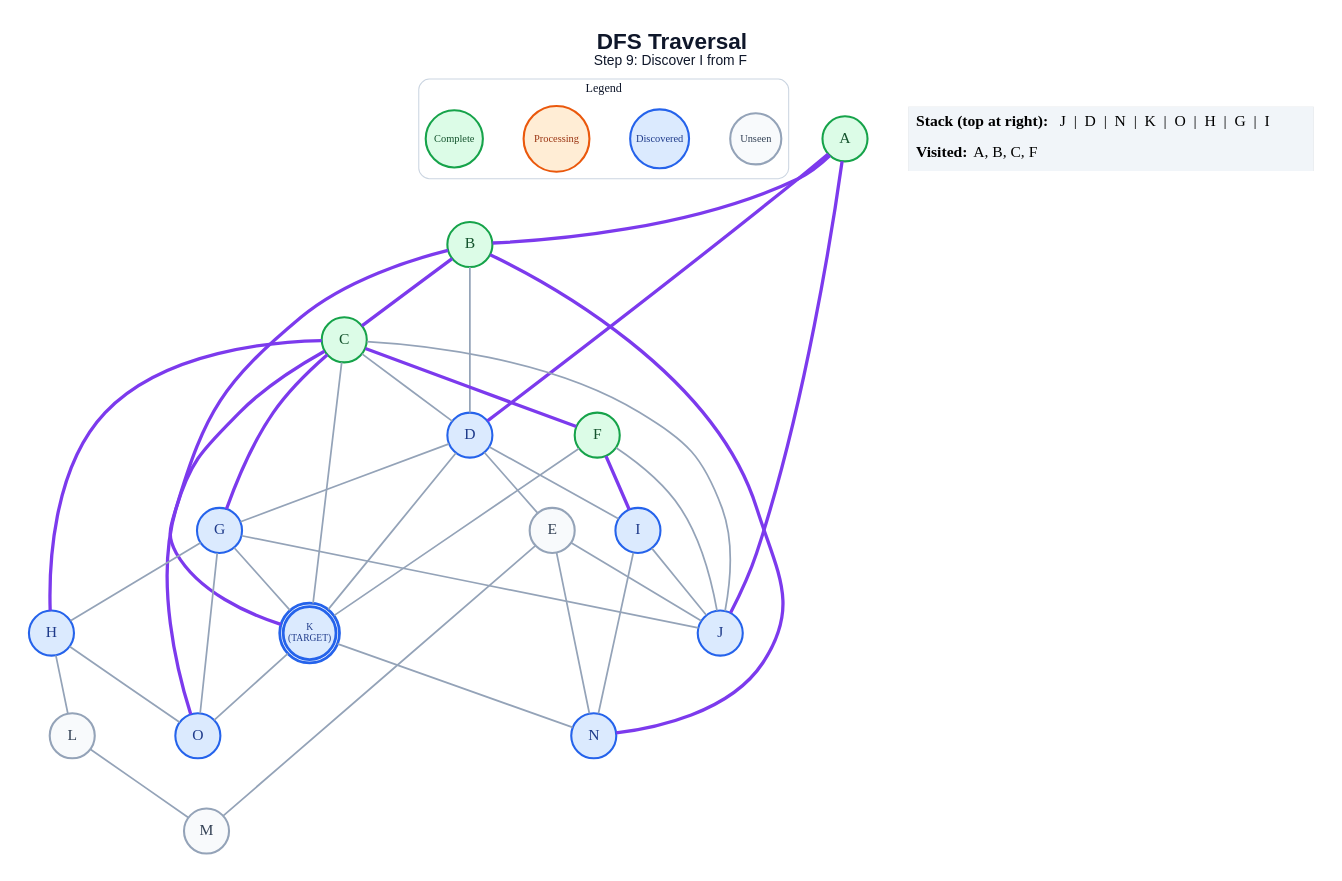
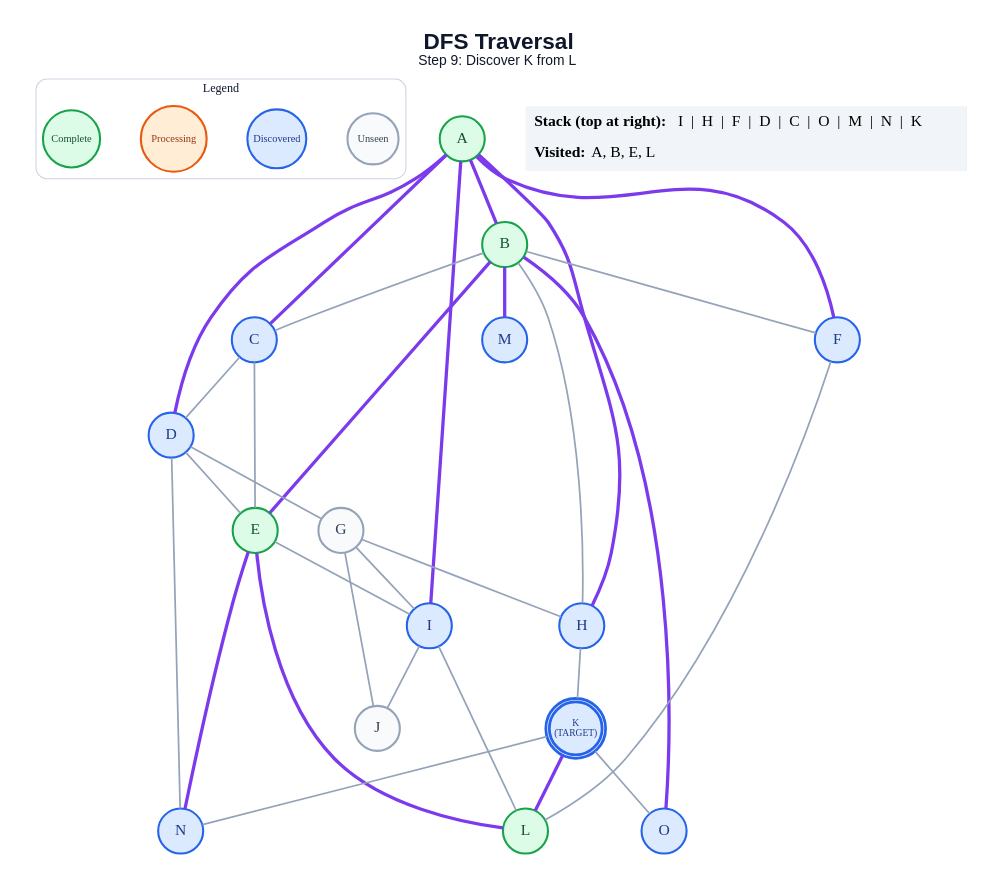
Before and after one commit to anon7238593-create/ai-slop: the diagram in generated/dfs/step_09.dot, drawn with Graphviz. The commit also changed 279 other files, not shown here.

```diff
--- a/generated/dfs/step_09.dot
+++ b/generated/dfs/step_09.dot
@@ -1,69 +1,64 @@
 graph traversal {
   graph [layout=dot, rankdir=TB, bgcolor="#FFFFFF", pad="0.35", nodesep="0.65", ranksep="0.8", fontname="Arial"];
   node [shape=circle, style="filled", fontname="Arial Bold", fontsize=18, width=0.72, fixedsize=true, penwidth=2.4];
   edge [color="#94A3B8", penwidth=2.0];
-  label=<<B>DFS Traversal</B><BR/><FONT POINT-SIZE="16">Step 9: Discover I from F</FONT>>; labelloc="t"; fontsize=26; fontname="Arial"; fontcolor="#0F172A";
+  label=<<B>DFS Traversal</B><BR/><FONT POINT-SIZE="16">Step 9: Discover K from L</FONT>>; labelloc="t"; fontsize=26; fontname="Arial"; fontcolor="#0F172A";
   subgraph cluster_legend { label="Legend"; color="#CBD5E1"; penwidth=1.2; style="rounded"; fontsize=14; fontname="Arial Bold";
     key_unseen [label="Unseen", fillcolor="#F8FAFC", color="#94A3B8", fontcolor="#334155", fontsize=12, width=0.82];
     key_frontier [label="Discovered", fillcolor="#DBEAFE", color="#2563EB", fontcolor="#1E3A8A", fontsize=12, width=0.95];
     key_current [label="Processing", fillcolor="#FFEDD5", color="#EA580C", fontcolor="#9A3412", fontsize=12, width=1.05];
     key_done [label="Complete", fillcolor="#DCFCE7", color="#16A34A", fontcolor="#14532D", fontsize=12, width=0.92];
     { rank=same; key_unseen; key_frontier; key_current; key_done; }
   }
   A [label="A", fillcolor="#DCFCE7", color="#16A34A", fontcolor="#14532D", peripheries=1, penwidth=2.4];
   B [label="B", fillcolor="#DCFCE7", color="#16A34A", fontcolor="#14532D", peripheries=1, penwidth=2.4];
-  C [label="C", fillcolor="#DCFCE7", color="#16A34A", fontcolor="#14532D", peripheries=1, penwidth=2.4];
+  C [label="C", fillcolor="#DBEAFE", color="#2563EB", fontcolor="#1E3A8A", peripheries=1, penwidth=2.4];
   D [label="D", fillcolor="#DBEAFE", color="#2563EB", fontcolor="#1E3A8A", peripheries=1, penwidth=2.4];
-  E [label="E", fillcolor="#F8FAFC", color="#94A3B8", fontcolor="#334155", peripheries=1, penwidth=2.4];
-  F [label="F", fillcolor="#DCFCE7", color="#16A34A", fontcolor="#14532D", peripheries=1, penwidth=2.4];
-  G [label="G", fillcolor="#DBEAFE", color="#2563EB", fontcolor="#1E3A8A", peripheries=1, penwidth=2.4];
+  E [label="E", fillcolor="#DCFCE7", color="#16A34A", fontcolor="#14532D", peripheries=1, penwidth=2.4];
+  F [label="F", fillcolor="#DBEAFE", color="#2563EB", fontcolor="#1E3A8A", peripheries=1, penwidth=2.4];
+  G [label="G", fillcolor="#F8FAFC", color="#94A3B8", fontcolor="#334155", peripheries=1, penwidth=2.4];
   H [label="H", fillcolor="#DBEAFE", color="#2563EB", fontcolor="#1E3A8A", peripheries=1, penwidth=2.4];
   I [label="I", fillcolor="#DBEAFE", color="#2563EB", fontcolor="#1E3A8A", peripheries=1, penwidth=2.4];
-  J [label="J", fillcolor="#DBEAFE", color="#2563EB", fontcolor="#1E3A8A", peripheries=1, penwidth=2.4];
+  J [label="J", fillcolor="#F8FAFC", color="#94A3B8", fontcolor="#334155", peripheries=1, penwidth=2.4];
   K [label="K\n(TARGET)", fillcolor="#DBEAFE", color="#2563EB", fontcolor="#1E3A8A", peripheries=2, penwidth=3.2, fontsize=11, width=0.85, height=0.85];
-  L [label="L", fillcolor="#F8FAFC", color="#94A3B8", fontcolor="#334155", peripheries=1, penwidth=2.4];
-  M [label="M", fillcolor="#F8FAFC", color="#94A3B8", fontcolor="#334155", peripheries=1, penwidth=2.4];
+  L [label="L", fillcolor="#DCFCE7", color="#16A34A", fontcolor="#14532D", peripheries=1, penwidth=2.4];
+  M [label="M", fillcolor="#DBEAFE", color="#2563EB", fontcolor="#1E3A8A", peripheries=1, penwidth=2.4];
   N [label="N", fillcolor="#DBEAFE", color="#2563EB", fontcolor="#1E3A8A", peripheries=1, penwidth=2.4];
   O [label="O", fillcolor="#DBEAFE", color="#2563EB", fontcolor="#1E3A8A", peripheries=1, penwidth=2.4];
   A -- B [color="#7C3AED", penwidth=3.8];
+  A -- C [color="#7C3AED", penwidth=3.8];
   A -- D [color="#7C3AED", penwidth=3.8];
-  A -- J [color="#7C3AED", penwidth=3.8];
-  B -- C [color="#7C3AED", penwidth=3.8];
-  B -- D;
-  B -- K [color="#7C3AED", penwidth=3.8];
-  B -- N [color="#7C3AED", penwidth=3.8];
+  A -- F [color="#7C3AED", penwidth=3.8];
+  A -- H [color="#7C3AED", penwidth=3.8];
+  A -- I [color="#7C3AED", penwidth=3.8];
+  B -- C;
+  B -- E [color="#7C3AED", penwidth=3.8];
+  B -- F;
+  B -- H;
+  B -- M [color="#7C3AED", penwidth=3.8];
+  B -- O [color="#7C3AED", penwidth=3.8];
   C -- D;
-  C -- F [color="#7C3AED", penwidth=3.8];
-  C -- G [color="#7C3AED", penwidth=3.8];
-  C -- H [color="#7C3AED", penwidth=3.8];
-  C -- J;
-  C -- K;
-  C -- O [color="#7C3AED", penwidth=3.8];
+  C -- E;
   D -- E;
   D -- G;
-  D -- I;
-  D -- K;
-  E -- J;
-  E -- M;
-  E -- N;
-  F -- I [color="#7C3AED", penwidth=3.8];
-  F -- J;
-  F -- K;
+  D -- N;
+  E -- I;
+  E -- L [color="#7C3AED", penwidth=3.8];
+  E -- N [color="#7C3AED", penwidth=3.8];
+  F -- L;
   G -- H;
+  G -- I;
   G -- J;
-  G -- K;
-  G -- O;
-  H -- L;
-  H -- O;
+  H -- K;
   I -- J;
-  I -- N;
+  I -- L;
+  K -- L [color="#7C3AED", penwidth=3.8];
   K -- N;
   K -- O;
-  L -- M;
   status [shape=plain, fixedsize=false, width=0, height=0, margin=0, label=<
     <TABLE BORDER="0" CELLBORDER="0" CELLPADDING="7" BGCOLOR="#F1F5F9">
-      <TR><TD ALIGN="LEFT"><B>Stack (top at right):</B> J  |  D  |  N  |  K  |  O  |  H  |  G  |  I</TD></TR>
-      <TR><TD ALIGN="LEFT"><B>Visited:</B> A, B, C, F</TD></TR>
+      <TR><TD ALIGN="LEFT"><B>Stack (top at right):</B> I  |  H  |  F  |  D  |  C  |  O  |  M  |  N  |  K</TD></TR>
+      <TR><TD ALIGN="LEFT"><B>Visited:</B> A, B, E, L</TD></TR>
     </TABLE>
   >];
 }
```
